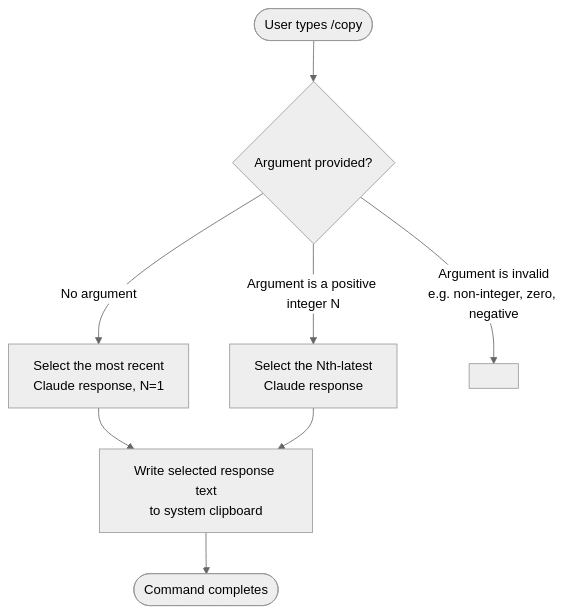
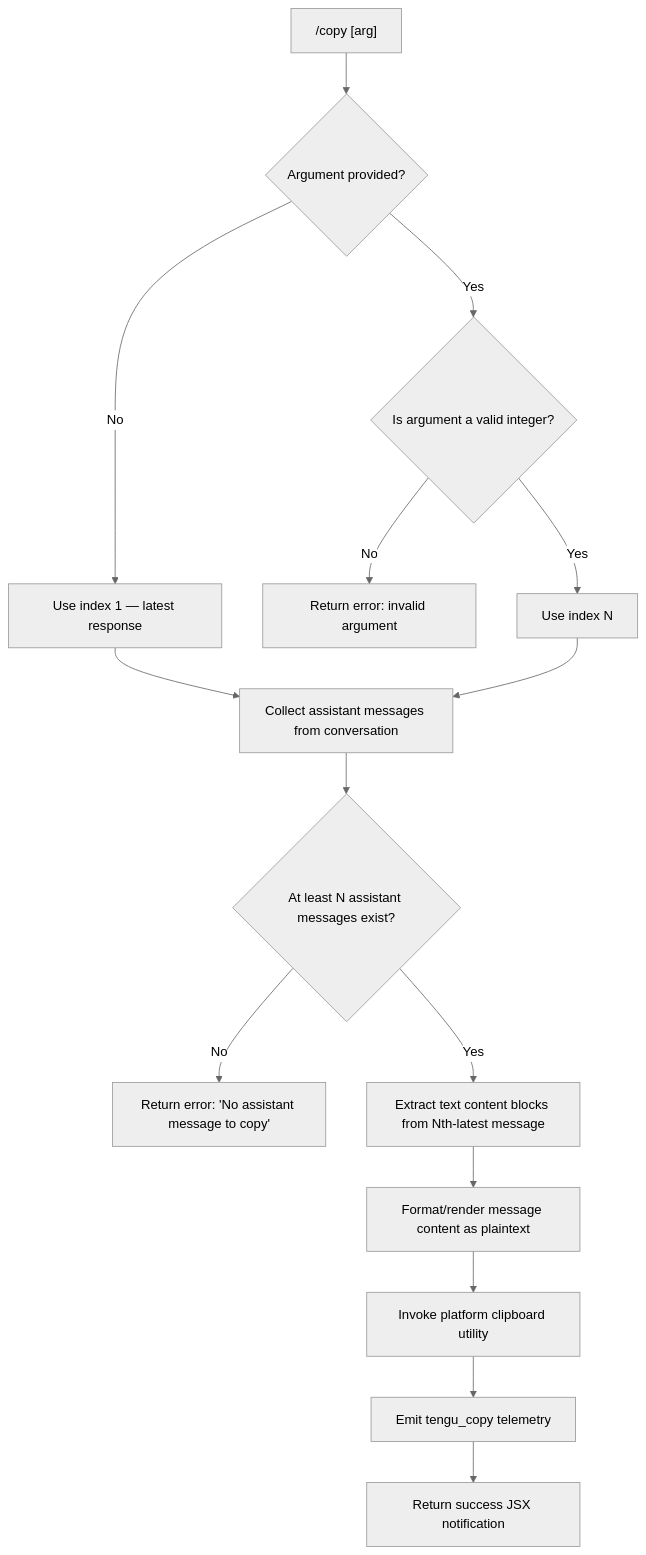
The diagram in versions/v2.1.147/copy.md (MyLittleLuckyDog/cc-gnothi), drawn with Mermaid (neutral theme) before and after one commit. The commit also changed other lines of this file and 496 other files, not shown here.

````diff
--- a/versions/v2.1.147/copy.md
+++ b/versions/v2.1.147/copy.md
@@ -46,10 +54,17 @@
 ```mermaid
 flowchart TD
-    A([User types /copy]) --> B{Argument provided?}
-    B -- "No argument" --> C[Select the most recent\nClaude response, N=1]
-    B -- "Argument is a positive integer N" --> D[Select the Nth-latest\nClaude response]
-    B -- "Argument is invalid\ne.g. non-integer, zero, negative" --> E[<!-- TODO: not found in depth-2 traversal; needs --depth 4 -->]
-    C --> F[Write selected response text\nto system clipboard]
-    D --> F
-    F --> G([Command completes])
+    A["/copy [arg]"] --> B{Argument provided?}
+    B -- No --> C[Use index 1 — latest response]
+    B -- Yes --> D{Is argument a valid integer?}
+    D -- No --> E[Return error: invalid argument]
+    D -- Yes --> F[Use index N]
+    C --> G[Collect assistant messages from conversation]
+    F --> G
+    G --> H{At least N assistant messages exist?}
+    H -- No --> I["Return error: 'No assistant message to copy'"]
+    H -- Yes --> J[Extract text content blocks from Nth-latest message]
+    J --> K[Format/render message content as plaintext]
+    K --> L[Invoke platform clipboard utility]
+    L --> M[Emit tengu_copy telemetry]
+    M --> N[Return success JSX notification]
 ```
````
